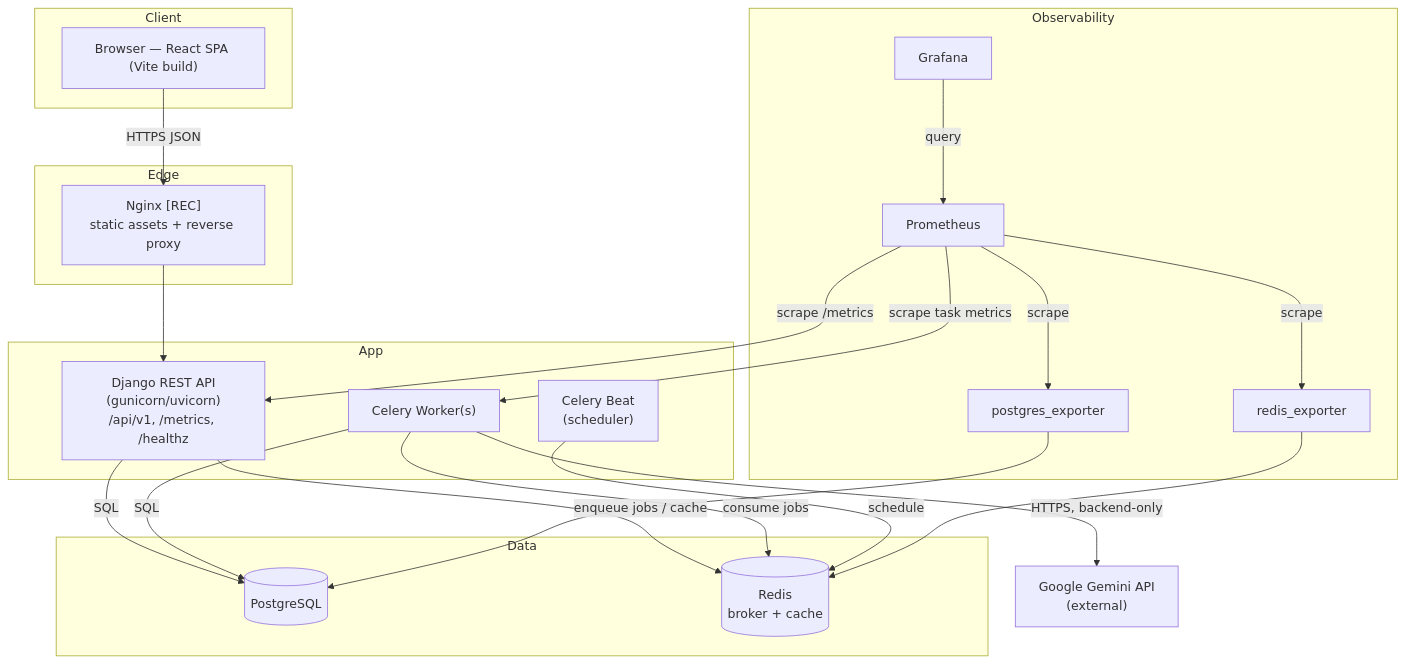
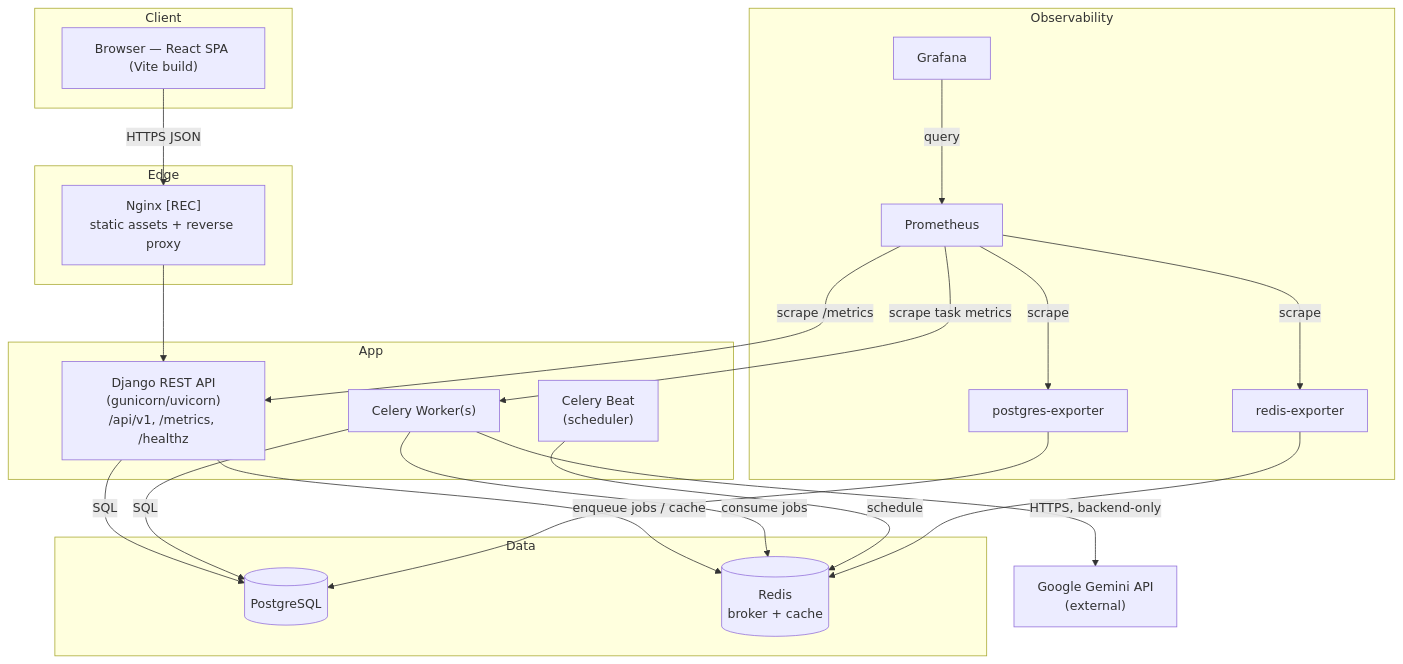
The first of 8 diagrams in docs/03-system-architecture.md (Dhananjay-Vaidya/Design-Forge), drawn with Mermaid before and after one commit. The commit also changed other lines of this file and 47 other files, not shown here.

````diff
--- a/docs/03-system-architecture.md
+++ b/docs/03-system-architecture.md
@@ -24,38 +24,38 @@
 ```mermaid
 flowchart TB
     subgraph Client
         B["Browser — React SPA (Vite build)"]
     end
     subgraph Edge
         NX["Nginx [REC]<br/>static assets + reverse proxy"]
     end
     subgraph App
         API["Django REST API<br/>(gunicorn/uvicorn)<br/>/api/v1, /metrics, /healthz"]
         WK["Celery Worker(s)"]
         BEAT["Celery Beat<br/>(scheduler)"]
     end
     subgraph Data
         PG[("PostgreSQL")]
         RD[("Redis<br/>broker + cache")]
     end
     subgraph Observability
         PR["Prometheus"]
         GF["Grafana"]
-        PGX["postgres_exporter"]
-        RDX["redis_exporter"]
+        PGX["postgres-exporter"]
+        RDX["redis-exporter"]
     end
     EXT["Google Gemini API<br/>(external)"]
 
     B -->|HTTPS JSON| NX --> API
     API -->|SQL| PG
     API -->|enqueue jobs / cache| RD
     WK -->|consume jobs| RD
     BEAT -->|schedule| RD
     WK -->|SQL| PG
     WK -->|HTTPS, backend-only| EXT
     PR -->|scrape /metrics| API
     PR -->|scrape| PGX --> PG
     PR -->|scrape| RDX --> RD
     PR -->|scrape task metrics| WK
     GF -->|query| PR
 ```
````
